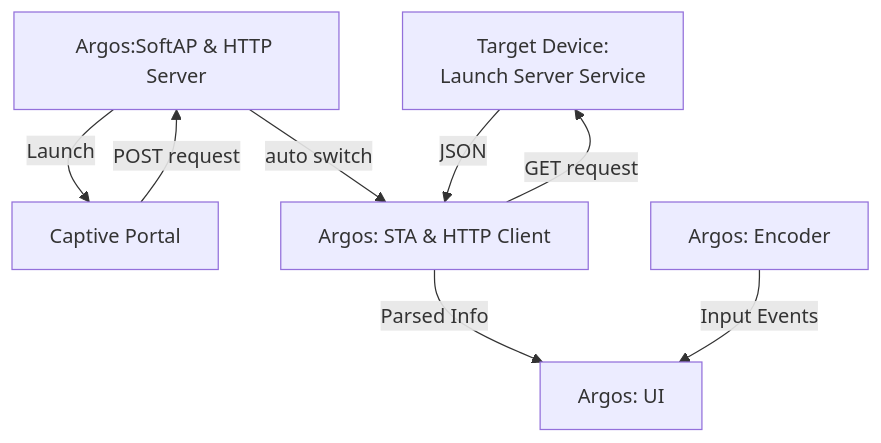
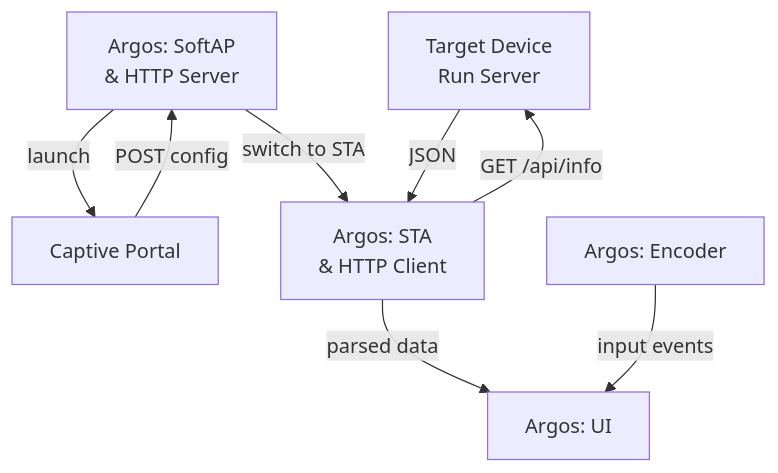
One commit to Jav1ki4N/Argos changed the diagram in readme.md. Above: the diagram before and after it, drawn with Mermaid. The commit also changed other lines of this file, not shown here.

````diff
--- a/readme.md
+++ b/readme.md
@@ -34,12 +44,17 @@
 ```mermaid
 graph TD
-A[Target Device: 
-Launch Server Service]
-B[Argos:SoftAP & HTTP Server]-->|Launch|C[Captive Portal]
-C-->|POST request|B
-B-->|auto switch|D[Argos: STA & HTTP Client]
-D-->|GET request|A
-A-->|JSON|D
-D-->|Parsed Info|E[Argos: UI]
-F[Argos: Encoder]-->|Input Events|E
+  A["Target Device<br/>Run Server"]
+  B["Argos: SoftAP<br/>& HTTP Server"]
+  C["Captive Portal"]
+  D["Argos: STA<br/>& HTTP Client"]
+  E["Argos: UI"]
+  F["Argos: Encoder"]
+
+  B -->|"launch"| C
+  C -->|"POST config"| B
+  B -->|"switch to STA"| D
+  D -->|"GET /api/info"| A
+  A -->|"JSON"| D
+  D -->|"parsed data"| E
+  F -->|"input events"| E
 ```
````
